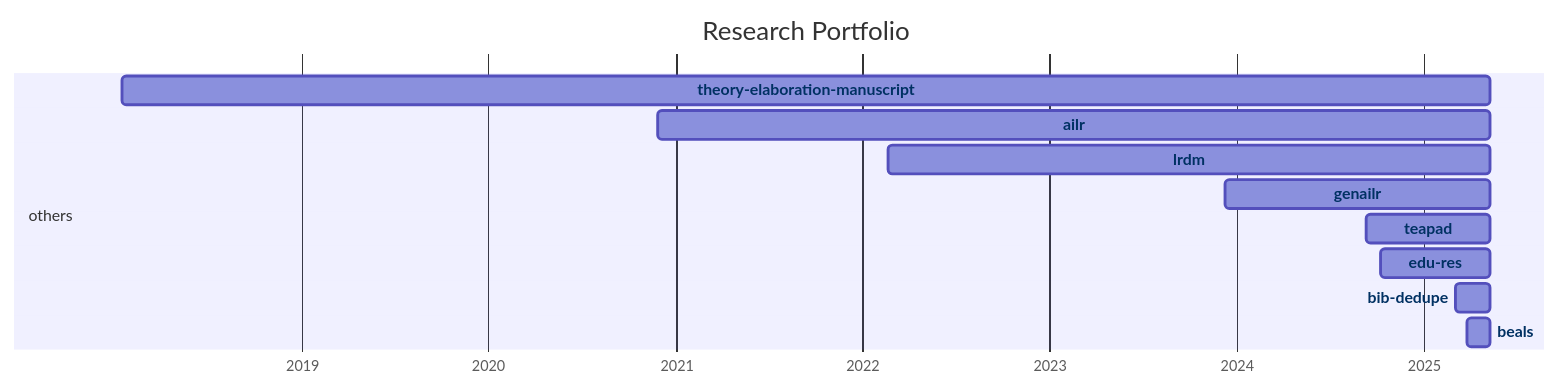
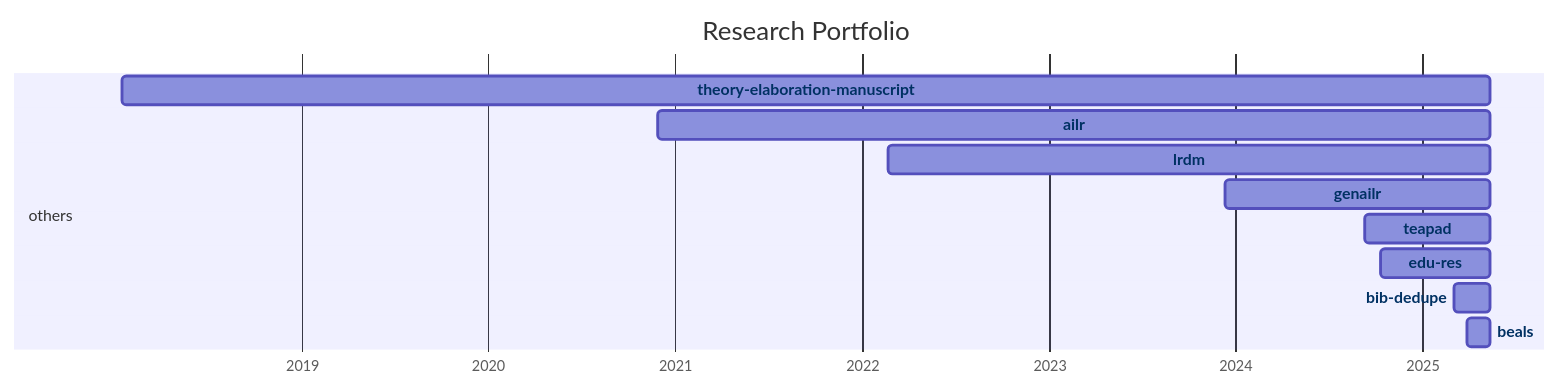
The diagram in docs/20-research/25-projects-gantt.md (digital-work-lab/handbook), drawn with Mermaid before and after one commit.

Commit message:
Update repository overview

````diff
--- a/docs/20-research/25-projects-gantt.md
+++ b/docs/20-research/25-projects-gantt.md
@@ -8,35 +8,35 @@
 ```mermaid
 ---
 displayMode: compact
 ---
 gantt
 title Research Portfolio
 dateFormat YYYY-MM-DD
 axisFormat %Y
 
     section work_practices
 
     section distributed_organizing
 
     section knowledge_synthesis
 
     section others
-        beals :beals, 2025-03-28, 2025-05-11
-        bib-dedupe :bib-dedupe, 2025-03-04, 2025-05-11
-        edu-res :edu-res, 2024-10-10, 2025-05-11
-        teapad :teapad, 2024-09-10, 2025-05-11
-        genailr :genailr, 2023-12-10, 2025-05-11
-        lrdm :lrdm, 2022-02-20, 2025-05-11
-        ailr :ailr, 2020-11-26, 2025-05-11
-        theory-elaboration-manuscript :theory-elaboration-manuscript, 2018-01-15, 2025-05-11
+        beals :beals, 2025-03-28, 2025-05-12
+        bib-dedupe :bib-dedupe, 2025-03-04, 2025-05-12
+        edu-res :edu-res, 2024-10-10, 2025-05-12
+        teapad :teapad, 2024-09-10, 2025-05-12
+        genailr :genailr, 2023-12-10, 2025-05-12
+        lrdm :lrdm, 2022-02-20, 2025-05-12
+        ailr :ailr, 2020-11-26, 2025-05-12
+        theory-elaboration-manuscript :theory-elaboration-manuscript, 2018-01-15, 2025-05-12
 
 
     click beals href "{{ site.baseurl }}/docs/20-research/25-projects/_repos/beals"
     click bib-dedupe href "{{ site.baseurl }}/docs/20-research/25-projects/_repos/bib-dedupe"
     click edu-res href "{{ site.baseurl }}/docs/20-research/25-projects/_repos/edu-res"
     click teapad href "{{ site.baseurl }}/docs/20-research/25-projects/_repos/teapad"
     click genailr href "{{ site.baseurl }}/docs/20-research/25-projects/_repos/genailr"
     click lrdm href "{{ site.baseurl }}/docs/20-research/25-projects/_repos/lrdm"
     click ailr href "{{ site.baseurl }}/docs/20-research/25-projects/_repos/ailr"
     click theory-elaboration-manuscript href "{{ site.baseurl }}/docs/20-research/25-projects/_repos/theory-elaboration-manuscript"
 ```
````
